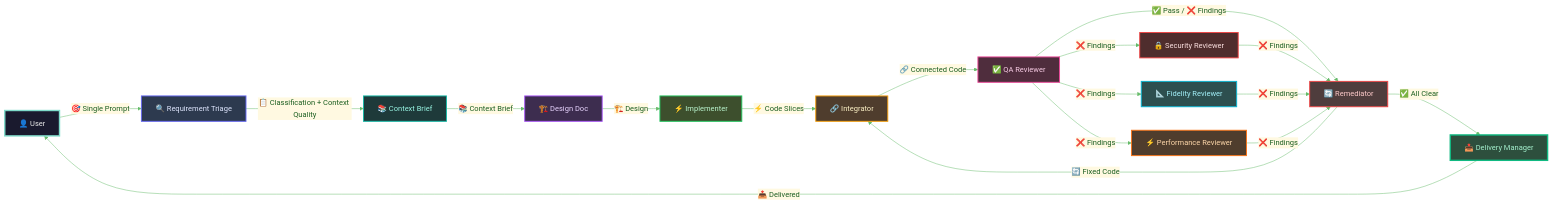
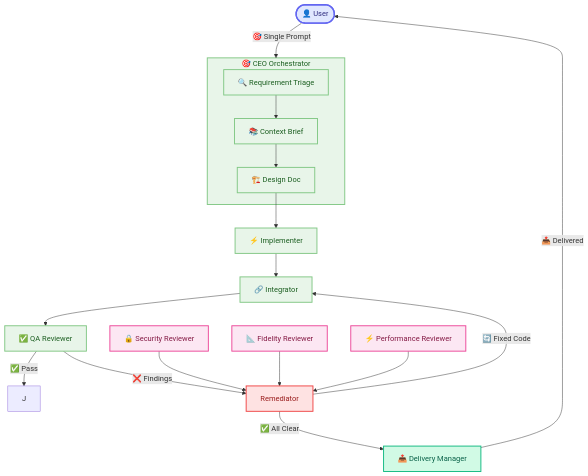
One commit to galpt/kilocode-agents changed the second of 2 diagrams in README.md. Above: the diagram before and after it, drawn with Mermaid. The commit also changed other lines of this file, not shown here.

Commit message:
fix: simplify per-agent pipeline diagram to use standard graph TD syntax

````diff
--- a/README.md
+++ b/README.md
@@ -106,48 +106,36 @@
 ```mermaid
-%%{init: {'theme': 'base', 'themeVariables': {'primaryColor': '#e8f5e9', 'primaryTextColor': '#1b5e20', 'primaryBorderColor': '#81c784', 'lineColor': '#66bb6a', 'secondaryColor': '#fff9e1', 'tertiaryColor': 'transparent'}}}%%
-flowchart LR
-    USER["👤 User"] -->|"🎯 Single Prompt"| A
-    A["🔍 Requirement Triage"] -->|"📋 Classification + Context Quality"| B
-    B["📚 Context Brief"] -->|"📚 Context Brief"| C
-    C["🏗️ Design Doc"] -->|"🏗️ Design"| D
-    D["⚡ Implementer"] -->|"⚡ Code Slices"| E
-    E["🔗 Integrator"] -->|"🔗 Connected Code"| F
+graph TD
+    User(["👤 User"]) -->|"🎯 Single Prompt"| CEO
 
-    F["✅ QA Reviewer"] -->|"✅ Pass / ❌ Findings"| J
-    F -->|"❌ Findings"| G
-    G["🔒 Security Reviewer"] -->|"❌ Findings"| J
-    F -->|"❌ Findings"| H
-    H["📐 Fidelity Reviewer"] -->|"❌ Findings"| J
-    F -->|"❌ Findings"| I
-    I["⚡ Performance Reviewer"] -->|"❌ Findings"| J
+    subgraph CEO["🎯 CEO Orchestrator"]
+        A["🔍 Requirement Triage"] --> B["📚 Context Brief"]
+        B --> C["🏗️ Design Doc"]
+    end
 
-    J["🔄 Remediator"] -->|"🔄 Fixed Code"| E
-    J -->|"✅ All Clear"| K
-    K["📤 Delivery Manager"] -->|"📤 Delivered"| USER
+    C --> D["⚡ Implementer"]
+    D --> E["🔗 Integrator"]
+    E --> F["✅ QA Reviewer"]
 
-    classDef userNode fill:#1a1a2e,stroke:#7fdbca,stroke-width:3px,color:#eaeaea
-    classDef triageNode fill:#2d3a4f,stroke:#6366f1,stroke-width:2px,color:#e0e7ff
-    classDef contextNode fill:#1e3a3a,stroke:#14b8a6,stroke-width:2px,color:#99f6e4
-    classDef designNode fill:#3d2d4f,stroke:#a855f7,stroke-width:2px,color:#e9d5ff
-    classDef implNode fill:#3d4f2d,stroke:#22c55e,stroke-width:2px,color:#bbf7d0
-    classDef integrateNode fill:#4f3d2d,stroke:#f59e0b,stroke-width:2px,color:#fef3c7
-    classDef qaNode fill:#4f2d3d,stroke:#ec4899,stroke-width:2px,color:#fbcfe8
-    classDef fidelityNode fill:#2d4f4f,stroke:#06b6d4,stroke-width:2px,color:#a5f3fc
-    classDef securityNode fill:#4f2d2d,stroke:#ef4444,stroke-width:2px,color:#fee2e2
-    classDef perfNode fill:#4f3d2d,stroke:#f97316,stroke-width:2px,color:#fed7aa
-    classDef remediateNode fill:#4f3d3d,stroke:#ef4444,stroke-width:2px,color:#fecaca
-    classDef deliverNode fill:#2d4f3d,stroke:#10b981,stroke-width:3px,color:#a7f3d0
+    F -->|"✅ Pass"| J
+    F -->|"❌ Findings"| Remediator
+    Security["🔒 Security Reviewer"] --> Remediator
+    Fidelity["📐 Fidelity Reviewer"] --> Remediator
+    Perf["⚡ Performance Reviewer"] --> Remediator
 
-    class USER,K userNode
-    class A triageNode
-    class B contextNode
-    class C designNode
-    class D implNode
-    class E integrateNode
-    class F qaNode
-    class G securityNode
-    class H fidelityNode
-    class I perfNode
-    class J remediateNode
-    class K deliverNode
+    Remediator -->|"🔄 Fixed Code"| E
+    Remediator -->|"✅ All Clear"| Delivery
+
+    Delivery["📤 Delivery Manager"] -->|"📤 Delivered"| User
+
+    classDef stage fill:#e8f5e9,stroke:#81c784,stroke-width:2px,color:#1b5e20
+    classDef review fill:#fce7f3,stroke:#ec4899,stroke-width:2px,color:#831843
+    classDef remediate fill:#fee2e2,stroke:#ef4444,stroke-width:2px,color:#991b1b
+    classDef deliver fill:#d1fae5,stroke:#10b981,stroke-width:2px,color:#065f46
+    classDef user fill:#e0e7ff,stroke:#6366f1,stroke-width:3px,color:#312e81
+
+    class CEO,A,B,C,D,E,F stage
+    class Security,Fidelity,Perf review
+    class Remediator remediate
+    class Delivery,User deliver
+    class User user
 ```
````
